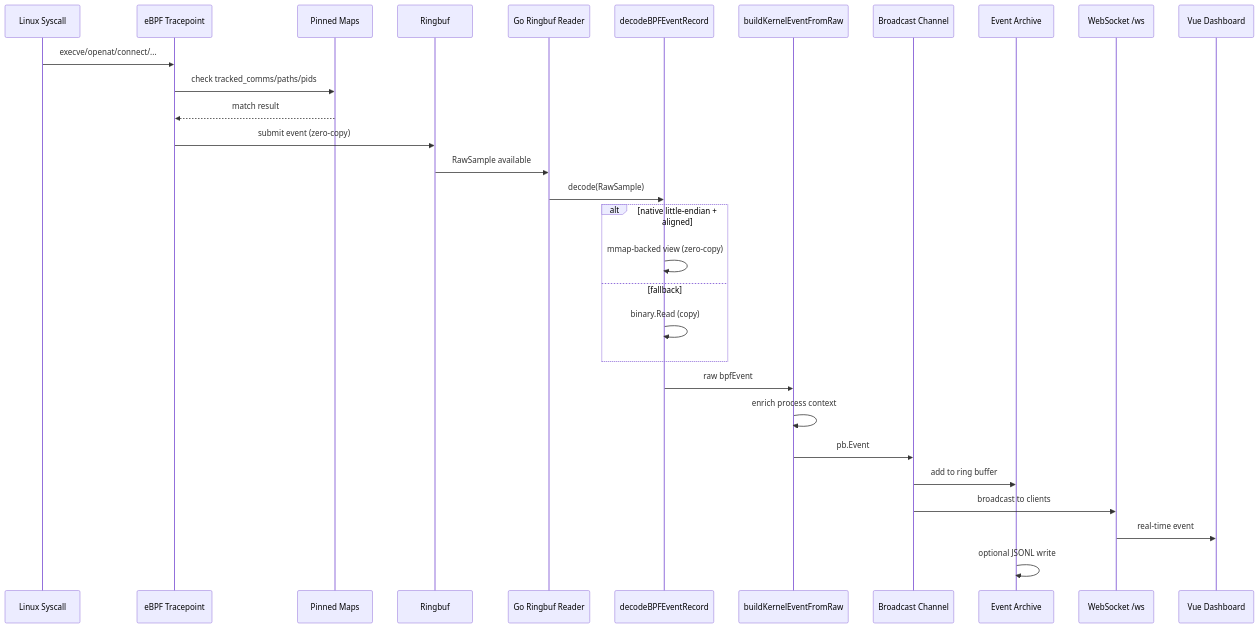
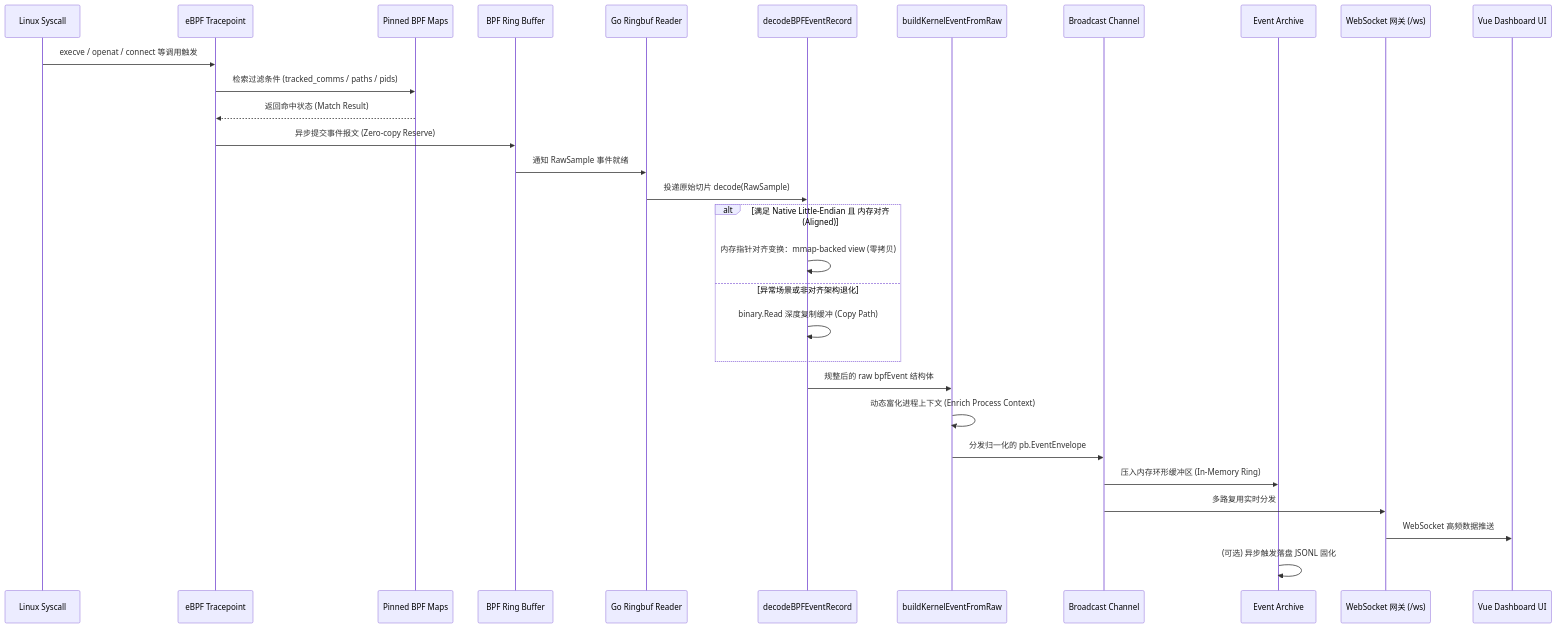
The first of 6 diagrams in docs/architecture/data-flow.md (stevessr/agent-ebpf-filter), drawn with Mermaid before and after one commit. The commit also changed other lines of this file and 3 other files, not shown here.

````diff
--- a/docs/architecture/data-flow.md
+++ b/docs/architecture/data-flow.md
@@ -7,35 +9,36 @@
 ```mermaid
 sequenceDiagram
     participant Syscall as Linux Syscall
     participant eBPF as eBPF Tracepoint
-    participant Maps as Pinned Maps
-    participant Ringbuf as Ringbuf
+    participant Maps as Pinned BPF Maps
+    participant Ringbuf as BPF Ring Buffer
     participant Reader as Go Ringbuf Reader
     participant Decoder as decodeBPFEventRecord
     participant Builder as buildKernelEventFromRaw
     participant Broadcast as Broadcast Channel
     participant Archive as Event Archive
-    participant WS as WebSocket /ws
-    participant Vue as Vue Dashboard
-    
-    Syscall->>eBPF: execve/openat/connect/...
-    eBPF->>Maps: check tracked_comms/paths/pids
-    Maps-->>eBPF: match result
-    eBPF->>Ringbuf: submit event (zero-copy)
-    Ringbuf->>Reader: RawSample available
-    Reader->>Decoder: decode(RawSample)
-    
-    alt native little-endian + aligned
-        Decoder->>Decoder: mmap-backed view (zero-copy)
-    else fallback
-        Decoder->>Decoder: binary.Read (copy)
+    participant WS as WebSocket 网关 (/ws)
+    participant Vue as Vue Dashboard UI
+
+    Syscall->>eBPF: execve / openat / connect 等调用触发
+    eBPF->>Maps: 检索过滤条件 (tracked_comms / paths / pids)
+    Maps-->>eBPF: 返回命中状态 (Match Result)
+    eBPF->>Ringbuf: 异步提交事件报文 (Zero-copy Reserve)
+    Ringbuf->>Reader: 通知 RawSample 事件就绪
+    Reader->>Decoder: 投递原始切片 decode(RawSample)
+
+    alt 满足 Native Little-Endian 且 内存对齐 (Aligned)
+        Decoder->>Decoder: 内存指针对齐变换：mmap-backed view (零拷贝)
+    else 异常场景或非对齐架构退化
+        Decoder->>Decoder: binary.Read 深度复制缓冲 (Copy Path)
     end
-    
-    Decoder->>Builder: raw bpfEvent
-    Builder->>Builder: enrich process context
-    Builder->>Broadcast: pb.Event
-    Broadcast->>Archive: add to ring buffer
-    Broadcast->>WS: broadcast to clients
-    WS->>Vue: real-time event
-    Archive->>Archive: optional JSONL write
+
+    Decoder->>Builder: 规整后的 raw bpfEvent 结构体
+    Builder->>Builder: 动态富化进程上下文 (Enrich Process Context)
+    Builder->>Broadcast: 分发归一化的 pb.EventEnvelope
+    Broadcast->>Archive: 压入内存环形缓冲区 (In-Memory Ring)
+    Broadcast->>WS: 多路复用实时分发
+    WS->>Vue: WebSocket 高频数据推送
+    Archive->>Archive: (可选) 异步触发落盘 JSONL 固化
+
 ```
````
